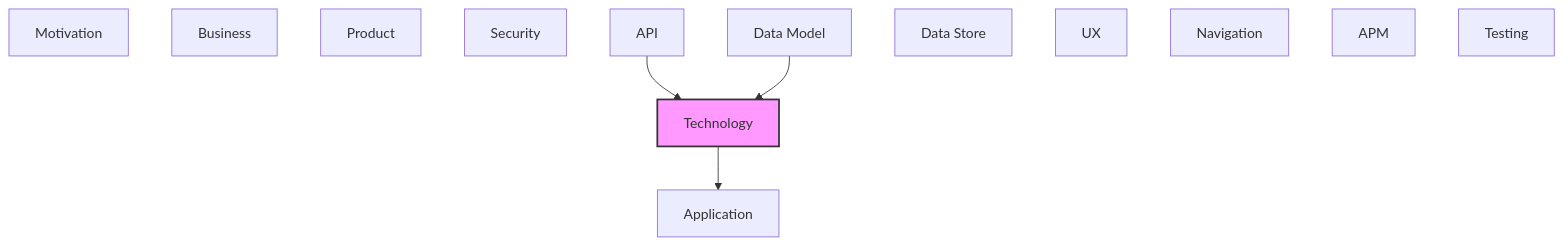
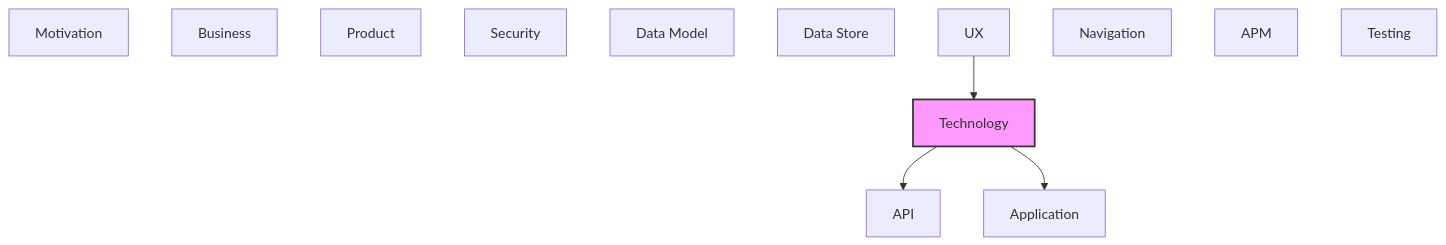
The second of 2 diagrams in documentation-robotics/reports/06-technology-layer-report.md (tinkermonkey/documentation_robotics_viewer), drawn with Mermaid before and after one commit. The commit also changed other lines of this file and 39 other files, not shown here.

````diff
--- a/documentation-robotics/reports/06-technology-layer-report.md
+++ b/documentation-robotics/reports/06-technology-layer-report.md
@@ -88,21 +85,21 @@
 ```mermaid
 flowchart TB
   classDef current fill:#f9f,stroke:#333,stroke-width:2px
   motivation["Motivation"]
   business["Business"]
   product["Product"]
   security["Security"]
   application["Application"]
   technology["Technology"]
   api["API"]
   data_model["Data Model"]
   data_store["Data Store"]
   ux["UX"]
   navigation["Navigation"]
   apm["APM"]
   testing["Testing"]
-  api --> technology
-  data_model --> technology
+  technology --> api
   technology --> application
+  ux --> technology
   class technology current
 ```
````
